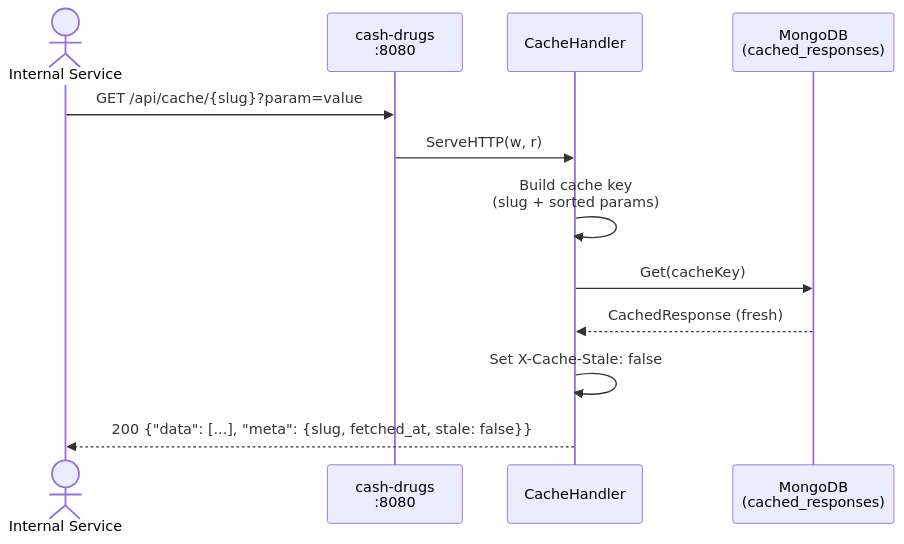
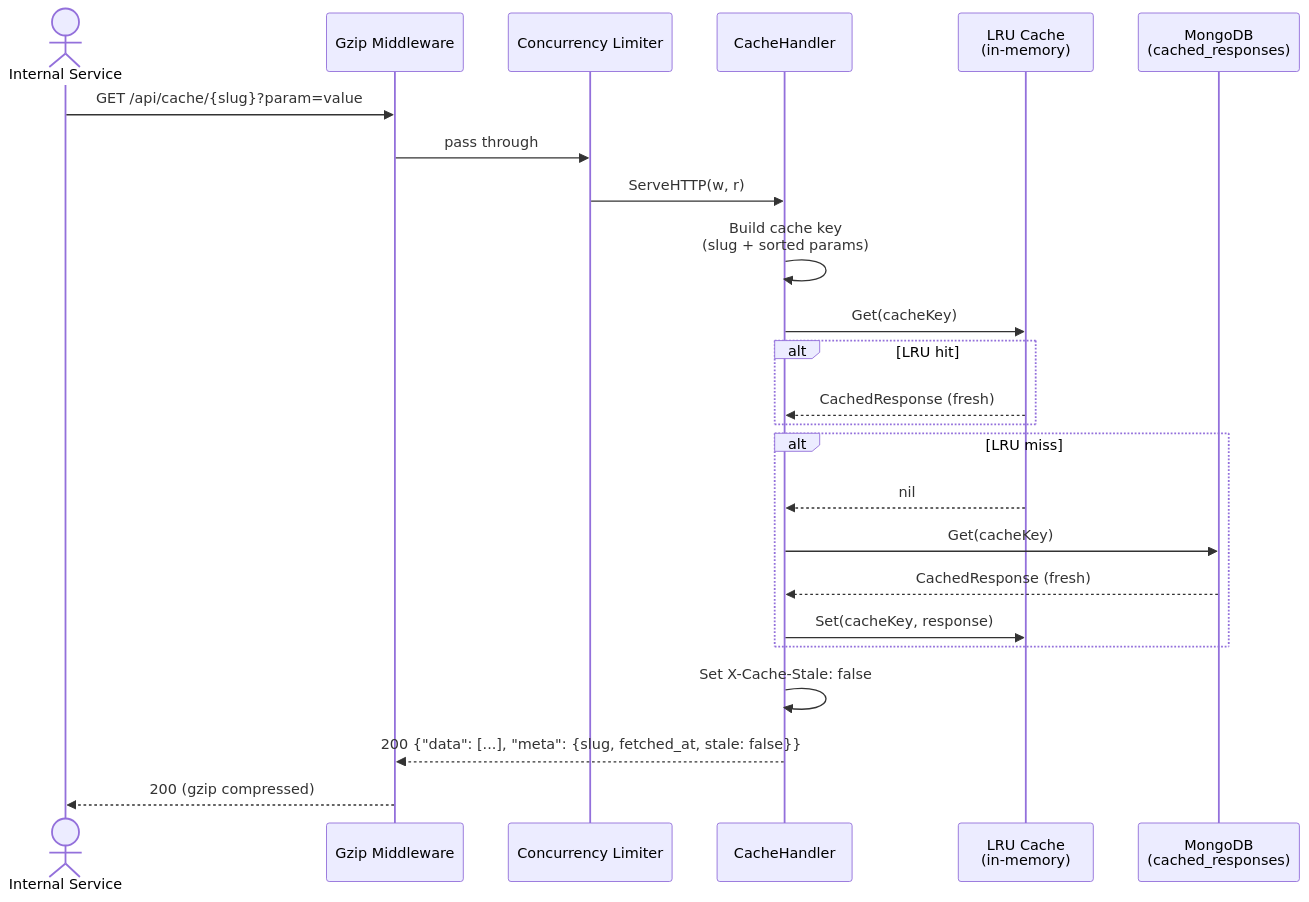
One commit to finish06/cash-drugs changed the first of 13 diagrams in docs/sequence-diagram.md. Above: the diagram before and after it, drawn with Mermaid. The commit also changed other lines of this file and 1 other file, not shown here.

First line of the commit message:
docs: update sequence diagrams and CLAUDE.md for M9 features

````diff
--- a/docs/sequence-diagram.md
+++ b/docs/sequence-diagram.md
@@ -5,15 +5,27 @@
 ```mermaid
 sequenceDiagram
     actor Client as Internal Service
-    participant GW as cash-drugs<br/>:8080
+    participant GZ as Gzip Middleware
+    participant LIM as Concurrency Limiter
     participant CH as CacheHandler
+    participant LRU as LRU Cache<br/>(in-memory)
     participant DB as MongoDB<br/>(cached_responses)
 
-    Client->>GW: GET /api/cache/{slug}?param=value
-    GW->>CH: ServeHTTP(w, r)
+    Client->>GZ: GET /api/cache/{slug}?param=value
+    GZ->>LIM: pass through
+    LIM->>CH: ServeHTTP(w, r)
     CH->>CH: Build cache key<br/>(slug + sorted params)
-    CH->>DB: Get(cacheKey)
-    DB-->>CH: CachedResponse (fresh)
+    CH->>LRU: Get(cacheKey)
+    alt LRU hit
+        LRU-->>CH: CachedResponse (fresh)
+    end
+    alt LRU miss
+        LRU-->>CH: nil
+        CH->>DB: Get(cacheKey)
+        DB-->>CH: CachedResponse (fresh)
+        CH->>LRU: Set(cacheKey, response)
+    end
     CH->>CH: Set X-Cache-Stale: false
-    CH-->>Client: 200 {"data": [...], "meta": {slug, fetched_at, stale: false}}
+    CH-->>GZ: 200 {"data": [...], "meta": {slug, fetched_at, stale: false}}
+    GZ-->>Client: 200 (gzip compressed)
 ```
````
